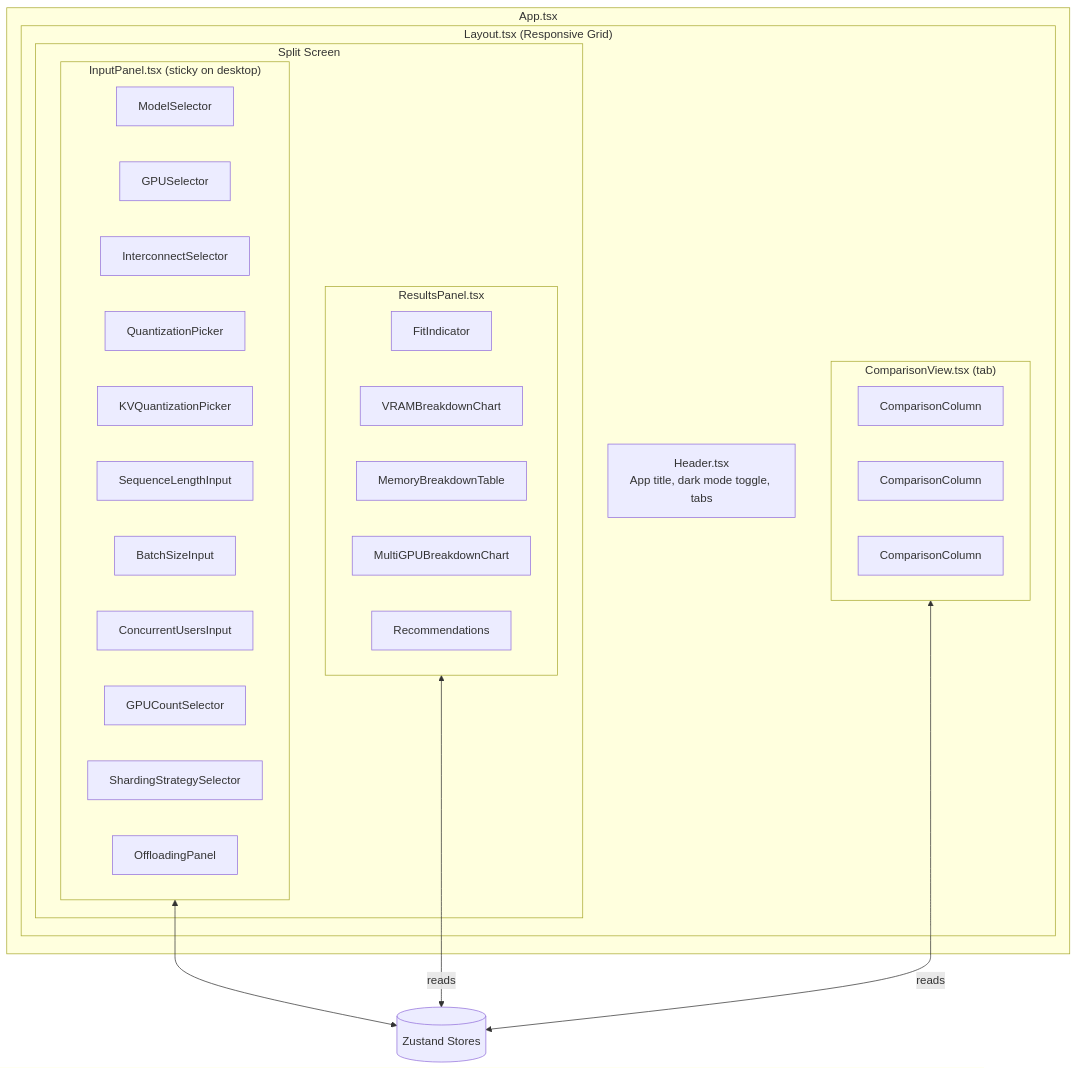
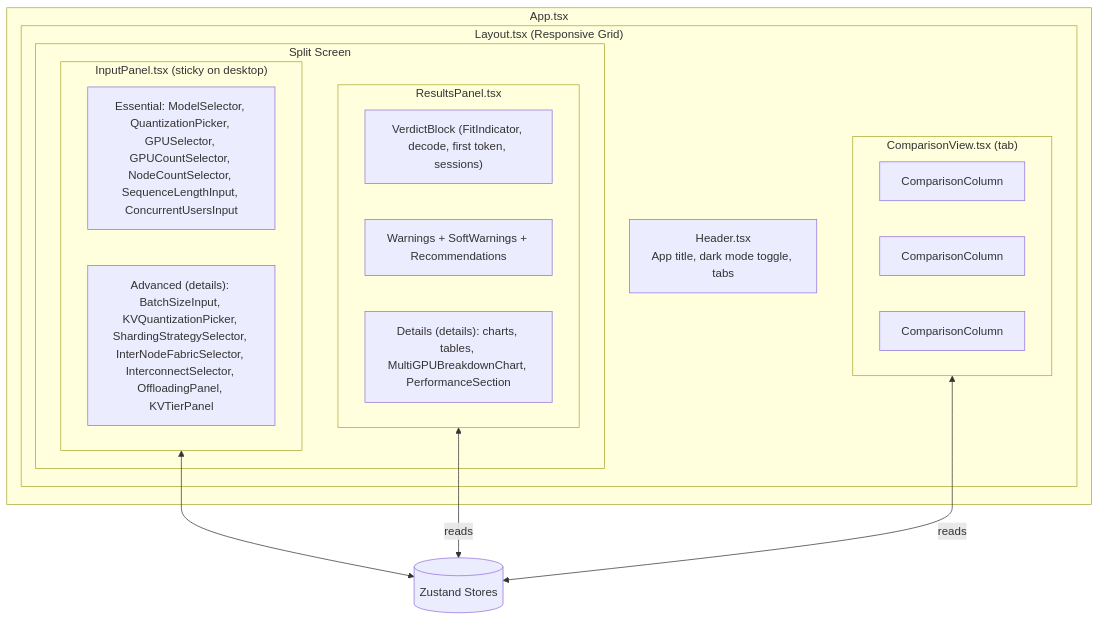
Before and after one commit to fjacquet/llmvram: the second of 2 diagrams in ARCHITECTURE.md, drawn with Mermaid. The commit also changed other lines of this file and 5 other files, not shown here.

First line of the commit message:
docs: v2.0 guide, CHANGELOG breaking changes, CLAUDE.md and ARCHITECTURE.md

````diff
--- a/ARCHITECTURE.md
+++ b/ARCHITECTURE.md
@@ -329,40 +328,29 @@
 ```mermaid
 flowchart TB
     subgraph App["App.tsx"]
         subgraph LayoutComp["Layout.tsx (Responsive Grid)"]
             Header["Header.tsx\nApp title, dark mode toggle, tabs"]
             subgraph Split["Split Screen"]
                 subgraph Left["InputPanel.tsx (sticky on desktop)"]
-                    MS["ModelSelector"]
-                    GS["GPUSelector"]
-                    IS["InterconnectSelector"]
-                    QP["QuantizationPicker"]
-                    KVQ["KVQuantizationPicker"]
-                    SL["SequenceLengthInput"]
-                    BS["BatchSizeInput"]
-                    CU["ConcurrentUsersInput"]
-                    GC["GPUCountSelector"]
-                    SS["ShardingStrategySelector"]
-                    OP["OffloadingPanel"]
+                    Essential["Essential: ModelSelector, QuantizationPicker, GPUSelector, GPUCountSelector, NodeCountSelector, SequenceLengthInput, ConcurrentUsersInput"]
+                    Advanced["Advanced (details): BatchSizeInput, KVQuantizationPicker, ShardingStrategySelector, InterNodeFabricSelector, InterconnectSelector, OffloadingPanel, KVTierPanel"]
                 end
                 subgraph Right["ResultsPanel.tsx"]
-                    FI["FitIndicator"]
-                    VBC["VRAMBreakdownChart"]
-                    MBT["MemoryBreakdownTable"]
-                    MGBC["MultiGPUBreakdownChart"]
-                    Recs["Recommendations"]
+                    Verdict["VerdictBlock (FitIndicator, decode, first token, sessions)"]
+                    Warnings["Warnings + SoftWarnings + Recommendations"]
+                    Details["Details (details): charts, tables, MultiGPUBreakdownChart, PerformanceSection"]
                 end
             end
             subgraph Comparison["ComparisonView.tsx (tab)"]
                 CC1["ComparisonColumn"]
                 CC2["ComparisonColumn"]
                 CC3["ComparisonColumn"]
             end
         end
     end
 
     Store[(Zustand Stores)]
     Left <--> Store
     Right <-- reads --> Store
     Comparison <-- reads --> Store
 ```
````
